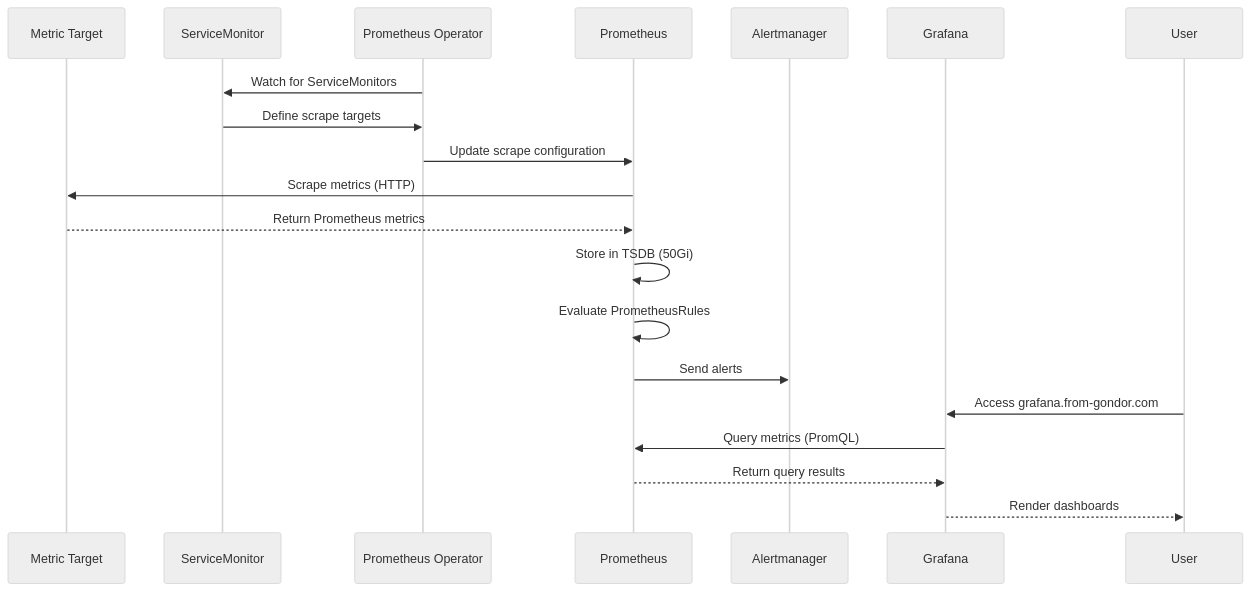
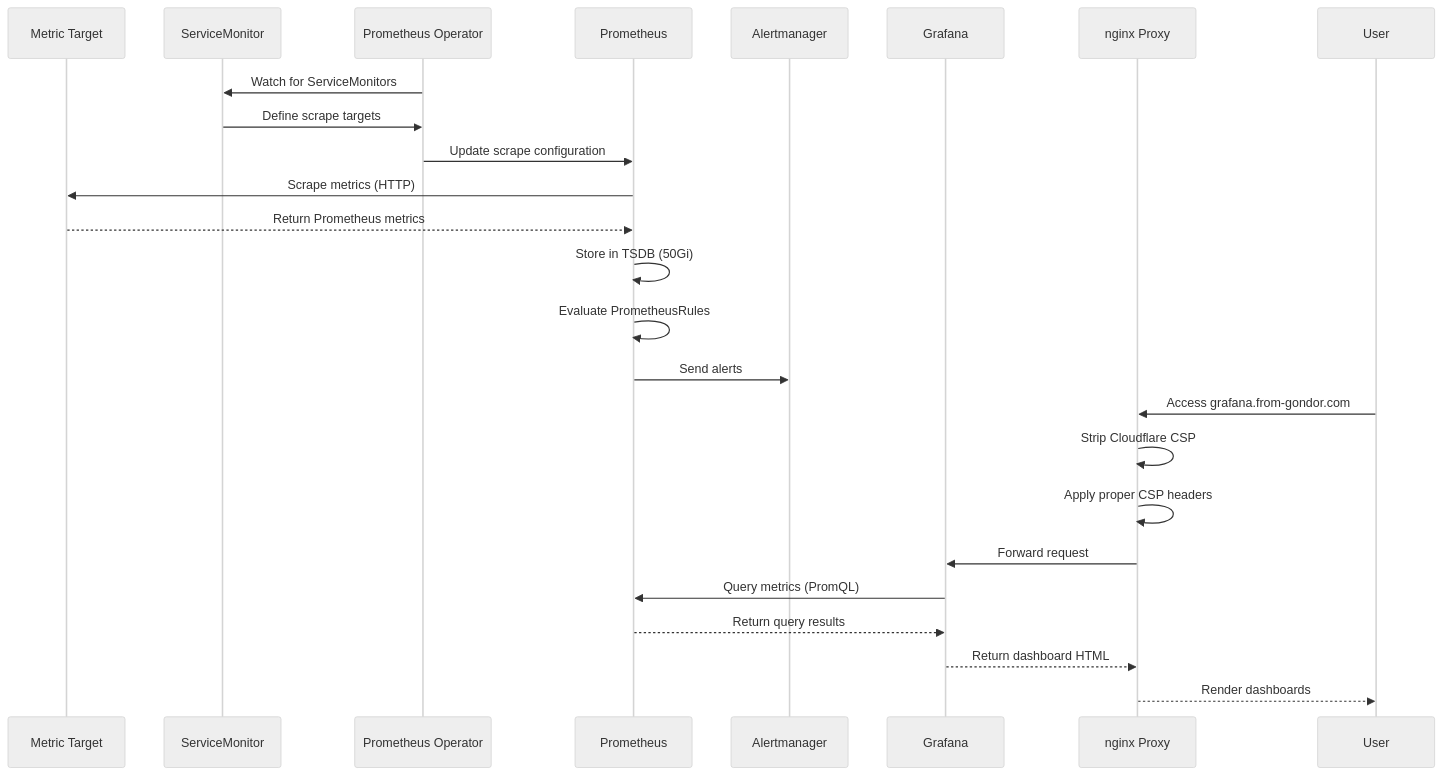
The second of 3 diagrams in docs/adrs/2025-11-26-prometheus-stack-deployment.md (josimar-silva/homelab), drawn with Mermaid (neutral theme) before and after one commit. The commit also changed other lines of this file, not shown here.

Commit message:
docs(ADR): update Prometheus ADR with Grafana changes

````diff
--- a/docs/adrs/2025-11-26-prometheus-stack-deployment.md
+++ b/docs/adrs/2025-11-26-prometheus-stack-deployment.md
@@ -98,23 +100,28 @@
 ```mermaid
 sequenceDiagram
     participant Target as Metric Target
     participant SM as ServiceMonitor
     participant PO as Prometheus Operator
     participant P as Prometheus
     participant AM as Alertmanager
     participant G as Grafana
+    participant N as nginx Proxy
     participant U as User
 
     PO->>SM: Watch for ServiceMonitors
     SM->>PO: Define scrape targets
     PO->>P: Update scrape configuration
     P->>Target: Scrape metrics (HTTP)
     Target-->>P: Return Prometheus metrics
     P->>P: Store in TSDB (50Gi)
     P->>P: Evaluate PrometheusRules
     P->>AM: Send alerts
-    U->>G: Access grafana.from-gondor.com
+    U->>N: Access grafana.from-gondor.com
+    N->>N: Strip Cloudflare CSP
+    N->>N: Apply proper CSP headers
+    N->>G: Forward request
     G->>P: Query metrics (PromQL)
     P-->>G: Return query results
-    G-->>U: Render dashboards
+    G-->>N: Return dashboard HTML
+    N-->>U: Render dashboards
 ```
````
